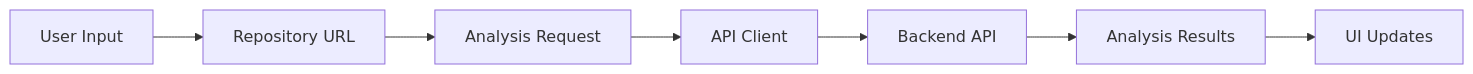
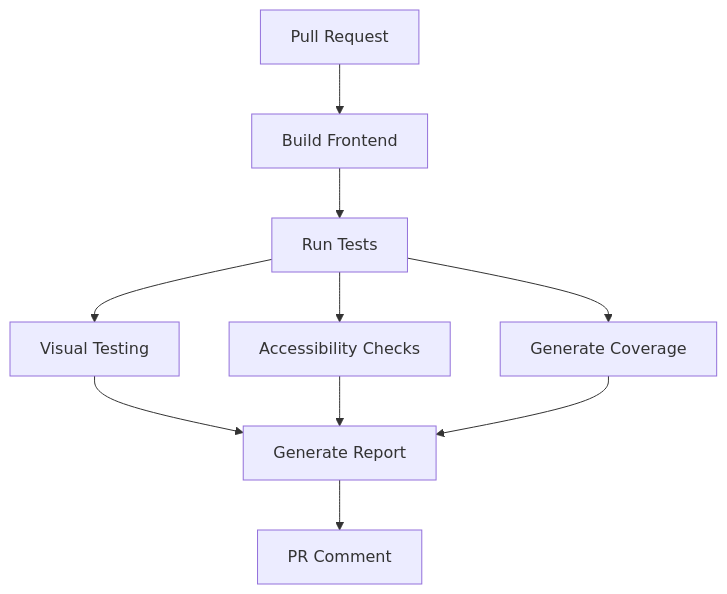
Before and after one commit to ALehav1/RepoAnalyzer: the sixth of 8 diagrams in README.md, drawn with Mermaid. The commit also changed other lines of this file, not shown here.

````diff
--- a/README.md
+++ b/README.md
@@ -558,9 +1901,12 @@
 ```mermaid
-graph LR
-    A[User Input] --> B[Repository URL]
-    B --> C[Analysis Request]
-    C --> D[API Client]
-    D --> E[Backend API]
-    E --> F[Analysis Results]
-    F --> G[UI Updates]
+graph TD
+    PR[Pull Request] --> Build[Build Frontend]
+    Build --> Tests[Run Tests]
+    Tests --> Coverage[Generate Coverage]
+    Tests --> Visual[Visual Testing]
+    Tests --> A11y[Accessibility Checks]
+    Visual --> Report[Generate Report]
+    A11y --> Report
+    Coverage --> Report
+    Report --> Comment[PR Comment]
 ```
````
